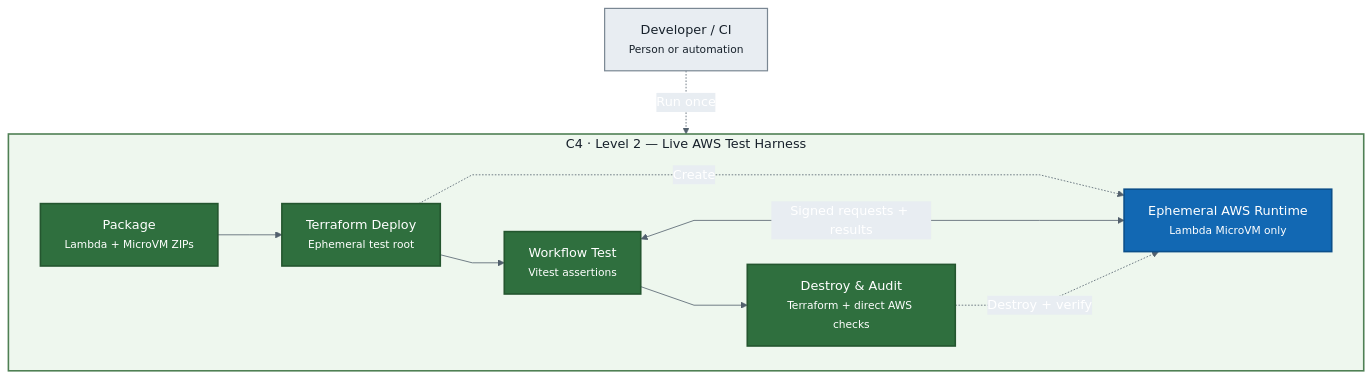
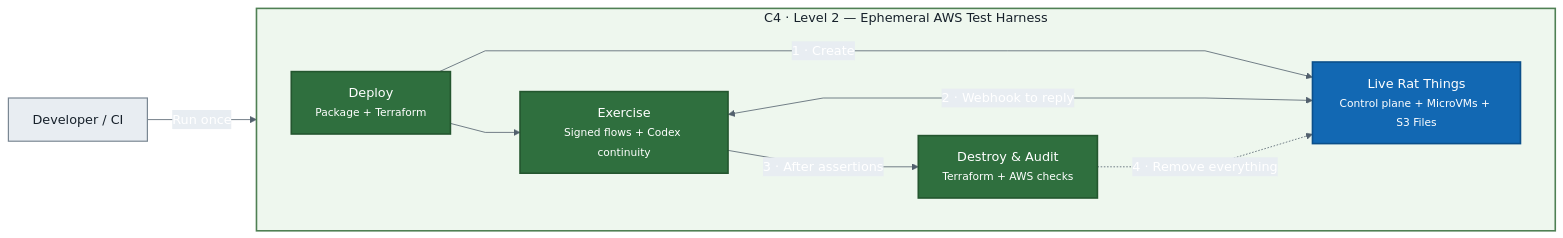
The diagram in docs/c4-live-aws-test-harness-containers.mmd (gpazo/Rat-Things), drawn with Mermaid before and after one commit. The commit also changed 87 other files, not shown here.

Commit message:
feat: add durable Codex conversations on Lambda MicroVMs

```diff
--- a/docs/c4-live-aws-test-harness-containers.mmd
+++ b/docs/c4-live-aws-test-harness-containers.mmd
@@ -1,29 +1,27 @@
-%%{init: {"theme":"base","themeVariables":{"fontFamily":"Arial, sans-serif","primaryColor":"#2f6f3e","primaryTextColor":"#ffffff","primaryBorderColor":"#24562f","lineColor":"#52606d","secondaryColor":"#e8edf2","tertiaryColor":"#eef7ee","background":"#ffffff"},"themeCSS":".nodeLabel,.edgeLabel,.cluster-label{font-family:Arial,sans-serif!important}.edgeLabel p{color:#344250!important;background:#ffffff!important}","flowchart":{"curve":"linear","nodeSpacing":42,"rankSpacing":55}}}%%
-flowchart TB
-    operator["Developer / CI<br/><small>Person or automation</small>"]
+%%{init: {"theme":"base","themeVariables":{"fontFamily":"Arial, sans-serif","primaryColor":"#2f6f3e","primaryTextColor":"#ffffff","primaryBorderColor":"#24562f","lineColor":"#52606d","secondaryColor":"#e8edf2","tertiaryColor":"#eef7ee","background":"#ffffff"},"themeCSS":".nodeLabel,.edgeLabel,.cluster-label{font-family:Arial,sans-serif!important}.edgeLabel p{color:#344250!important;background:#ffffff!important}","flowchart":{"curve":"linear","nodeSpacing":50,"rankSpacing":62}}}%%
+flowchart LR
+    operator["Developer / CI"]
 
-    subgraph harness["C4 · Level 2 — Live AWS Test Harness"]
+    subgraph harness["C4 · Level 2 — Ephemeral AWS Test Harness"]
         direction LR
-        package["Package<br/><small>Lambda + MicroVM ZIPs</small>"]
-        deploy["Terraform Deploy<br/><small>Ephemeral test root</small>"]
-        exercise["Workflow Test<br/><small>Vitest assertions</small>"]
-        cleanup["Destroy & Audit<br/><small>Terraform + direct AWS checks</small>"]
-        aws["Ephemeral AWS Runtime<br/><small>Lambda MicroVM only</small>"]
+        deploy["Deploy<br/><small>Package + Terraform</small>"]
+        exercise["Exercise<br/><small>Signed flows + Codex continuity</small>"]
+        runtime["Live Rat Things<br/><small>Control plane + MicroVMs + S3 Files</small>"]
+        destroy["Destroy & Audit<br/><small>Terraform + AWS checks</small>"]
 
-        package --> deploy
-        deploy --> exercise
-        exercise --> cleanup
-        deploy -.->|Create| aws
-        exercise <-->|Signed requests + results| aws
-        cleanup -.->|Destroy + verify| aws
+        deploy -->|1 · Create| runtime
+        exercise <-->|2 · Webhook to reply| runtime
+        exercise -->|3 · After assertions| destroy
+        destroy -.->|4 · Remove everything| runtime
     end
 
-    operator -.->|Run once| package
+    operator -->|Run once| deploy
+    deploy --> exercise
 
     classDef test fill:#2f6f3e,color:#ffffff,stroke:#24562f,stroke-width:2px;
     classDef runtime fill:#1268b3,color:#ffffff,stroke:#0b4f8a,stroke-width:2px;
     classDef external fill:#e8edf2,color:#17212b,stroke:#7a8793,stroke-width:1.5px;
-    class package,deploy,exercise,cleanup test;
-    class aws runtime;
+    class deploy,exercise,destroy test;
+    class runtime runtime;
     class operator external;
     style harness fill:#eef7ee,stroke:#4f8054,stroke-width:2px,color:#17212b;
```
